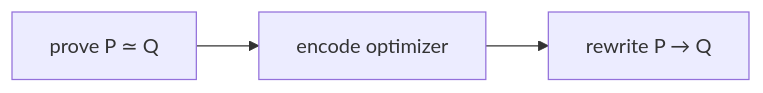
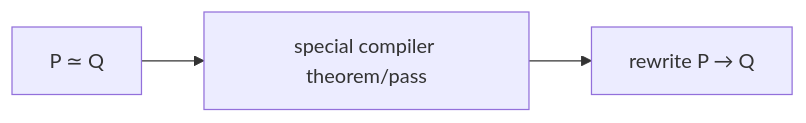
The first of 6 diagrams in collab/bend2-cubical/BEND_HVM_COMPUTATIONAL_UNIVALENCE.md (avikj/metacircular-interaction-prototype), drawn with Mermaid before and after one commit. The commit also changed other lines of this file, not shown here.

````diff
--- a/collab/bend2-cubical/BEND_HVM_COMPUTATIONAL_UNIVALENCE.md
+++ b/collab/bend2-cubical/BEND_HVM_COMPUTATIONAL_UNIVALENCE.md
@@ -93,5 +72,5 @@
 ```mermaid
 flowchart LR
-  A["prove P ≃ Q"] --> B["encode optimizer"]
+  A["P ≃ Q"] --> B["special compiler theorem/pass"]
   B --> C["rewrite P → Q"]
 ```
````
